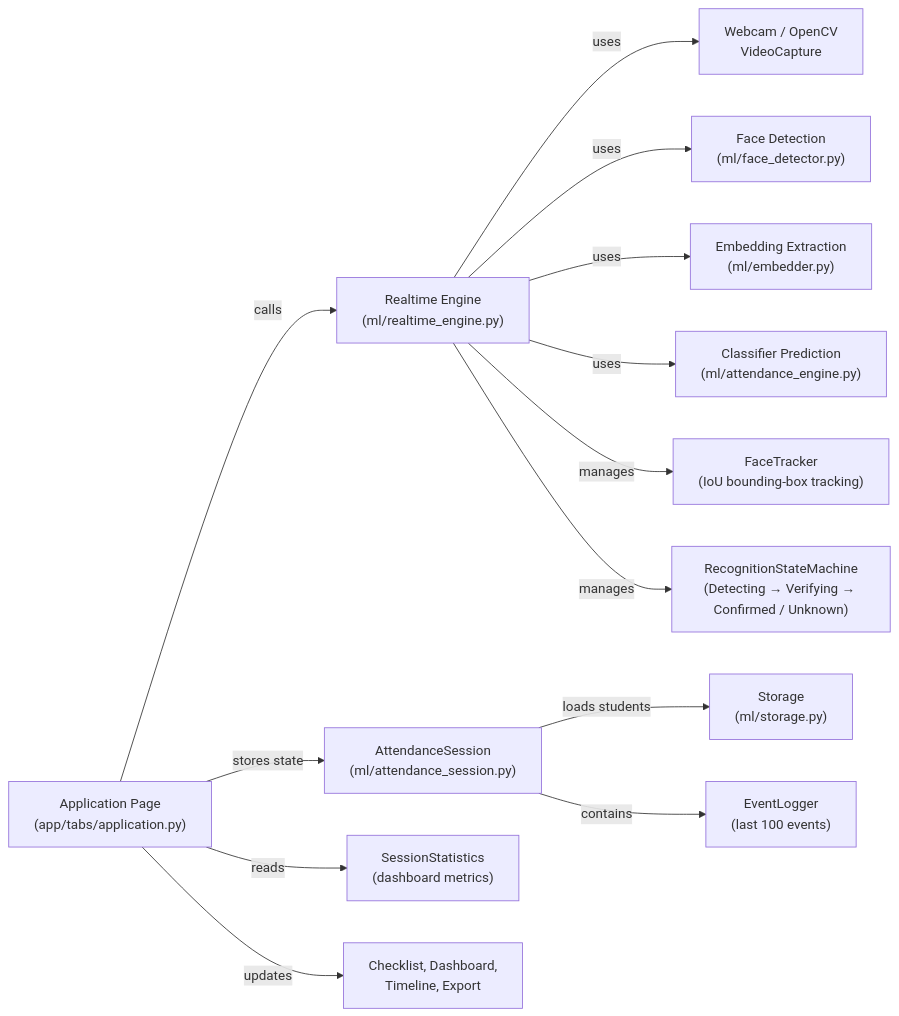
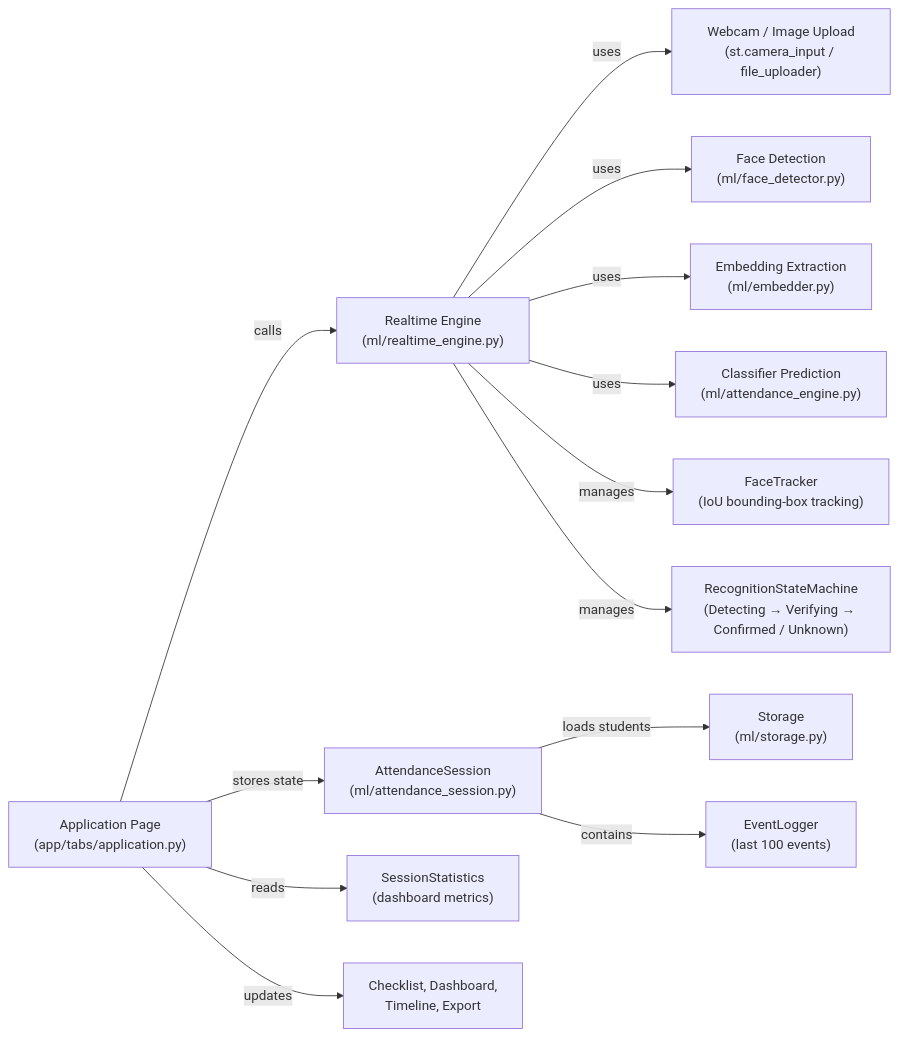
One commit to Gokigenzo/demo-recognize-face changed the first of 2 diagrams in README.md. Above: the diagram before and after it, drawn with Mermaid. The commit also changed other lines of this file and 2 other files, not shown here.

````diff
--- a/README.md
+++ b/README.md
@@ -75,15 +75,15 @@
 ```mermaid
 flowchart LR
     AppPage["Application Page<br/>(app/tabs/application.py)"] -->|calls| RealtimeEngine["Realtime Engine<br/>(ml/realtime_engine.py)"]
-    RealtimeEngine -->|uses| Camera["Webcam / OpenCV<br/>VideoCapture"]
+    RealtimeEngine -->|uses| Camera["Webcam / Image Upload<br/>(st.camera_input / file_uploader)"]
     RealtimeEngine -->|uses| FaceDetector["Face Detection<br/>(ml/face_detector.py)"]
     RealtimeEngine -->|uses| Embedder["Embedding Extraction<br/>(ml/embedder.py)"]
     RealtimeEngine -->|uses| Classifier["Classifier Prediction<br/>(ml/attendance_engine.py)"]
     RealtimeEngine -->|manages| Tracker["FaceTracker<br/>(IoU bounding-box tracking)"]
     RealtimeEngine -->|manages| StateMachine["RecognitionStateMachine<br/>(Detecting → Verifying → Confirmed / Unknown)"]
     AppPage -->|stores state| Session["AttendanceSession<br/>(ml/attendance_session.py)"]
     Session -->|loads students| Storage["Storage<br/>(ml/storage.py)"]
     Session -->|contains| EventLog["EventLogger<br/>(last 100 events)"]
     AppPage -->|reads| Stats["SessionStatistics<br/>(dashboard metrics)"]
     AppPage -->|updates| UI["Checklist, Dashboard,<br/>Timeline, Export"]
 ```
````
